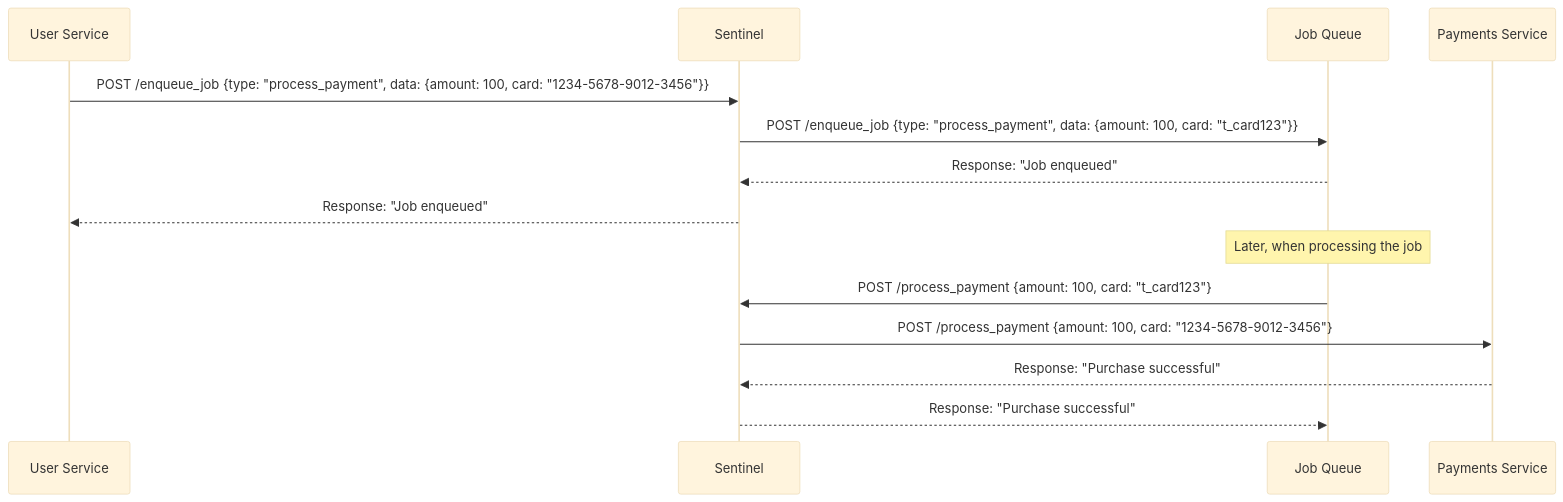
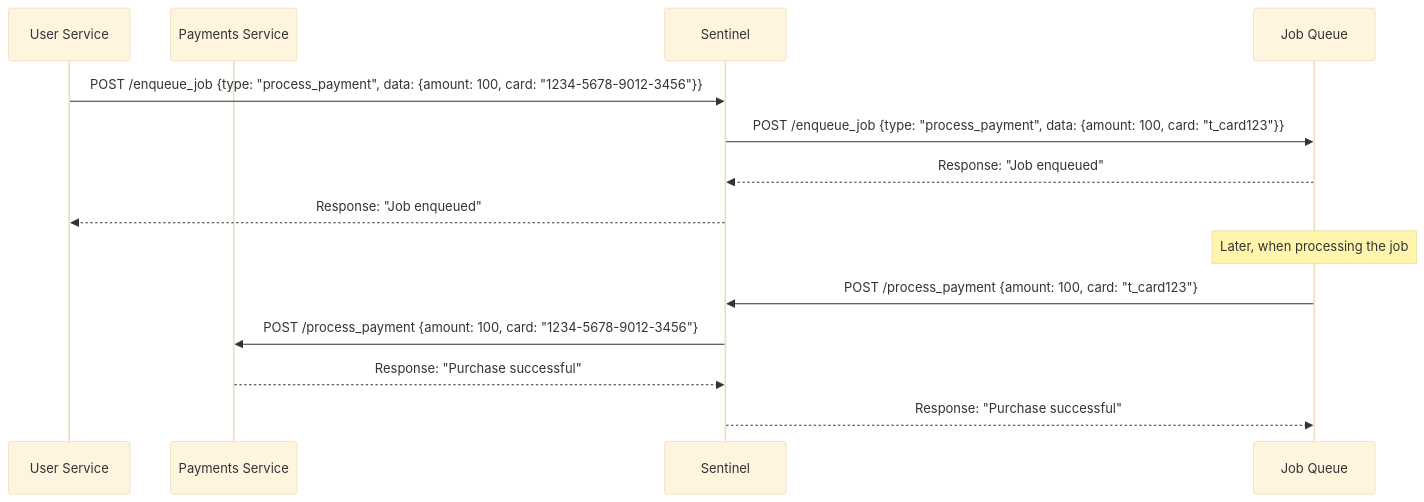
One commit to inferablehq/sentinel changed the diagram in README.md. Above: the diagram before and after it, drawn with Mermaid (base theme). The commit also changed other lines of this file, not shown here.

````diff
--- a/README.md
+++ b/README.md
@@ -27,18 +27,18 @@
 ```mermaid
 sequenceDiagram
     participant US as User Service
+    participant PS as Payments Service
     participant S as Sentinel
     participant Q as Job Queue
-    participant PS as Payments Service
 
     US->>S: POST /enqueue_job {type: "process_payment", data: {amount: 100, card: "1234-5678-9012-3456"}}
     S->>Q: POST /enqueue_job {type: "process_payment", data: {amount: 100, card: "t_card123"}}
     Q-->>S: Response: "Job enqueued"
     S-->>US: Response: "Job enqueued"
 
     Note over Q: Later, when processing the job
     Q->>S: POST /process_payment {amount: 100, card: "t_card123"}
     S->>PS: POST /process_payment {amount: 100, card: "1234-5678-9012-3456"}
     PS-->>S: Response: "Purchase successful"
     S-->>Q: Response: "Purchase successful"
 ```
````
